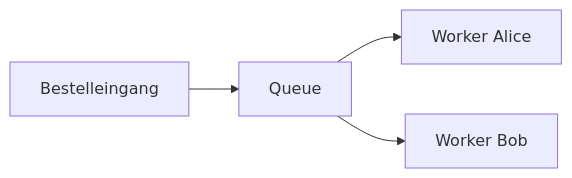
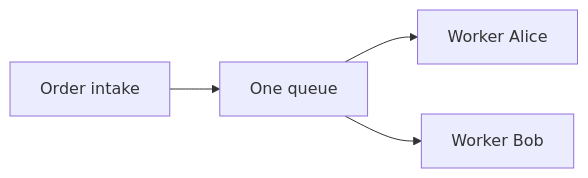
One commit to grobmeier/artemis-java-jumpstart changed the first of 2 diagrams in docs/concepts.md. Above: the diagram before and after it, drawn with Mermaid. The commit also changed other lines of this file and 16 other files, not shown here.

````diff
--- a/docs/concepts.md
+++ b/docs/concepts.md
@@ -17,6 +17,6 @@
 ```mermaid
 flowchart LR
- P[Bestelleingang] --> Q[Queue]
+ P[Order intake] --> Q[One queue]
  Q --> A[Worker Alice]
  Q --> B[Worker Bob]
 ```
````
